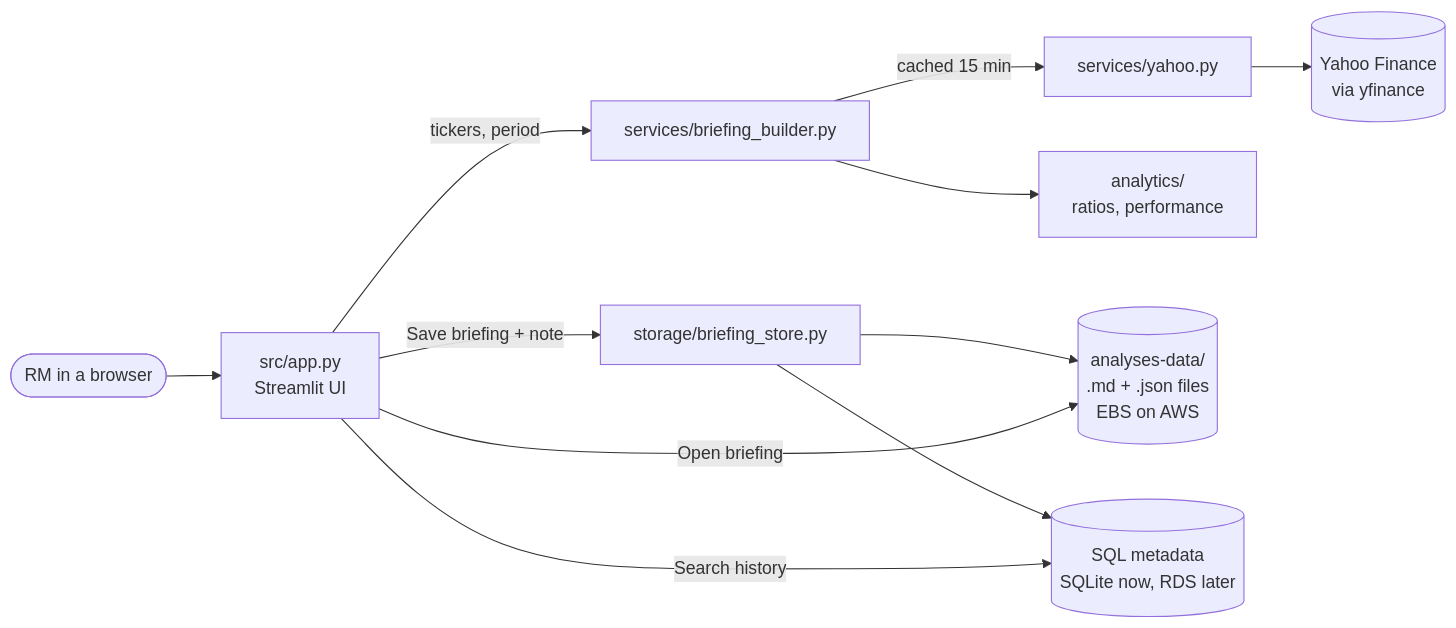
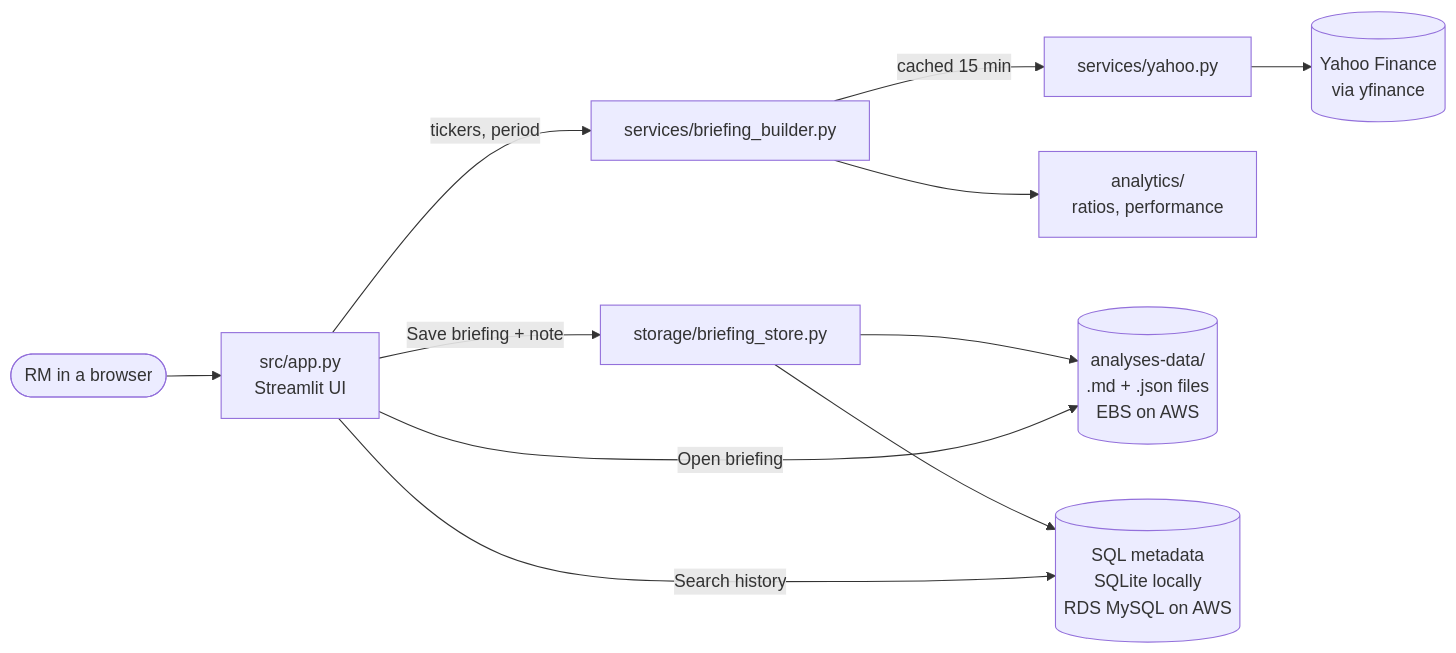
The diagram in README.md (fazly-effendy/smu-cce-starter-Fazly), drawn with Mermaid before and after one commit. The commit also changed other lines of this file and 7 other files, not shown here.

First line of the commit message:
Add CloudFormation stage 2: RDS for MySQL in private subnets

````diff
--- a/README.md
+++ b/README.md
@@ -122,12 +123,12 @@
 ```mermaid
 flowchart LR
     RM([RM in a browser]) --> UI[src/app.py<br/>Streamlit UI]
     UI -->|tickers, period| B[services/briefing_builder.py]
     B -->|cached 15 min| Y[services/yahoo.py] --> YF[(Yahoo Finance<br/>via yfinance)]
     B --> A[analytics/<br/>ratios, performance]
     UI -->|Save briefing + note| S[storage/briefing_store.py]
     S --> F[(analyses-data/<br/>.md + .json files<br/>EBS on AWS)]
-    S --> D[(SQL metadata<br/>SQLite now, RDS later)]
+    S --> D[(SQL metadata<br/>SQLite locally<br/>RDS MySQL on AWS)]
     UI -->|Search history| D
     UI -->|Open briefing| F
 ```
````
